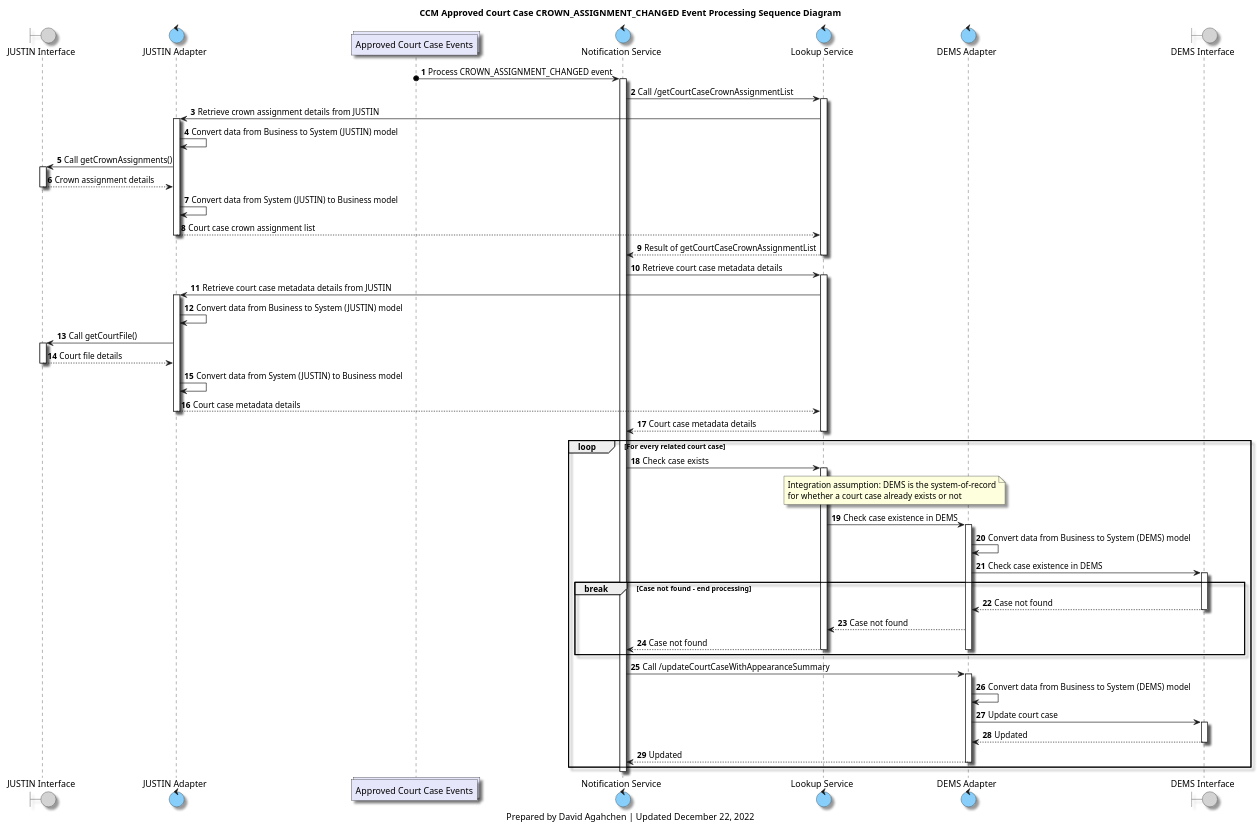
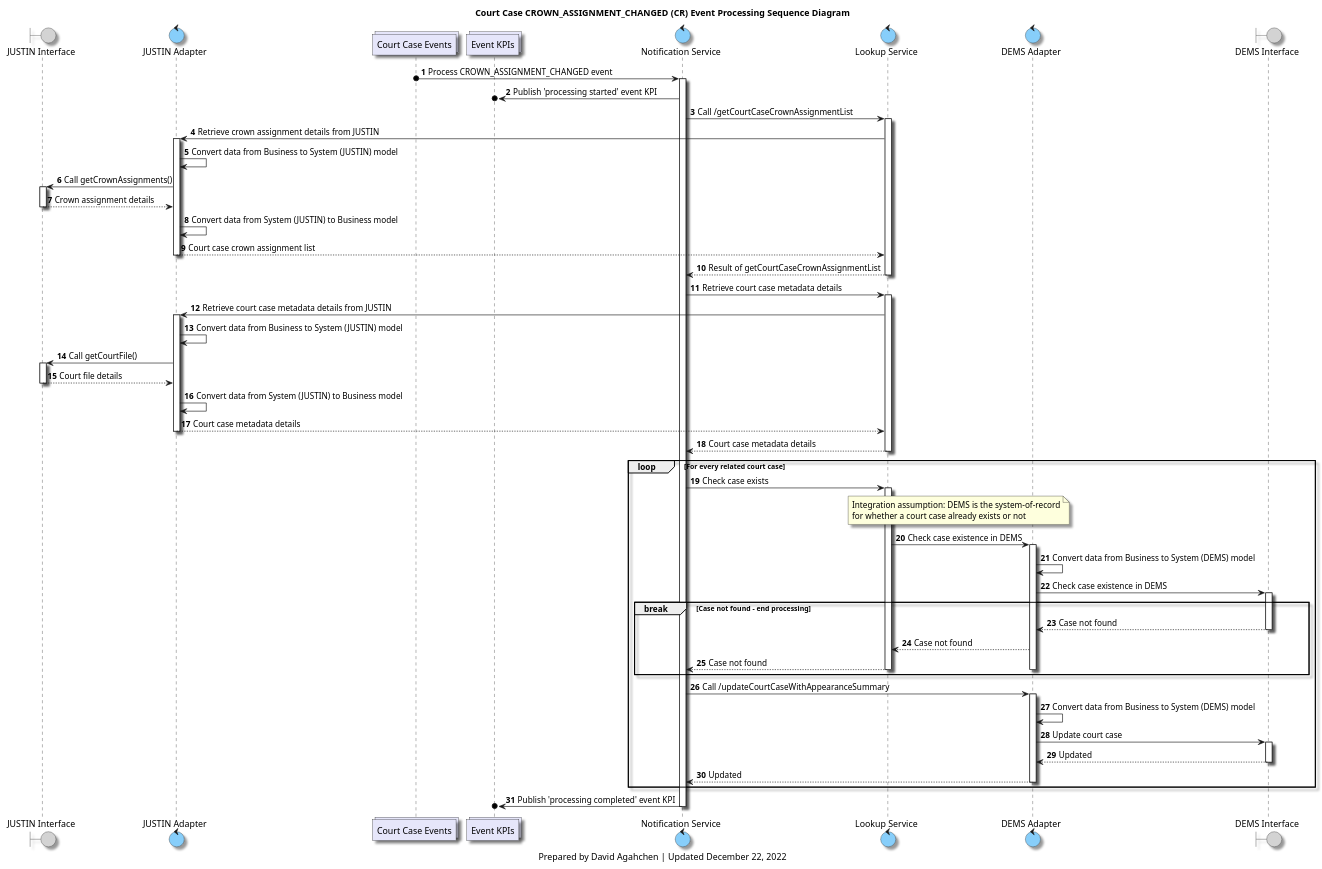
One commit to bcgov/jpss-jade-ccm changed the diagram in diagrams/ccm_approved_court_case_crown_assignment_changed_processing_sequence_diagram.plantuml. Above: the diagram before and after it, drawn with PlantUML. The commit also changed 4 other files, not shown here.

```diff
--- a/diagrams/ccm_approved_court_case_crown_assignment_changed_processing_sequence_diagram.plantuml
+++ b/diagrams/ccm_approved_court_case_crown_assignment_changed_processing_sequence_diagram.plantuml
@@ -1,111 +1,114 @@
 @startuml
 'hide footbox
 
 skinparam Shadowing true
 skinparam CollectionsBackgroundColor Lavender
 skinparam ControlBackgroundColor LightSkyBlue
 skinparam BoundaryBackgroundColor LightGrey
 
 /' 
 Available colours
 https://plantuml-documentation.readthedocs.io/en/latest/formatting/color-names.html
 '/
 
 boundary j_interface as "JUSTIN Interface"
 control j_adapter as "JUSTIN Adapter"
-collections approved_court_case_topic as "Approved Court Case Events"
+collections court_case_topic as "Court Case Events"
+collections kpis_topic as "Event KPIs"
 control notification_service as "Notification Service"
 control lookup_service as "Lookup Service"
 control d_adapter as "DEMS Adapter"
 boundary d_interface as "DEMS Interface"
 
 title
-CCM Approved Court Case CROWN_ASSIGNMENT_CHANGED Event Processing Sequence Diagram
+Court Case CROWN_ASSIGNMENT_CHANGED (CR) Event Processing Sequence Diagram
 end title
 
 autonumber
 
-approved_court_case_topic o-> notification_service: Process CROWN_ASSIGNMENT_CHANGED event
+court_case_topic o-> notification_service: Process CROWN_ASSIGNMENT_CHANGED event
 activate notification_service
+
+notification_service ->o kpis_topic: Publish 'processing started' event KPI
 
 notification_service -> lookup_service: Call /getCourtCaseCrownAssignmentList
 activate lookup_service
 lookup_service -> j_adapter: Retrieve crown assignment details from JUSTIN
 
 activate j_adapter
 j_adapter -> j_adapter: Convert data from Business to System (JUSTIN) model
 j_adapter -> j_interface: Call getCrownAssignments()
 activate j_interface
 j_interface --> j_adapter: Crown assignment details
 deactivate j_interface
 j_adapter -> j_adapter: Convert data from System (JUSTIN) to Business model
 j_adapter --> lookup_service: Court case crown assignment list
 deactivate j_adapter
 
 lookup_service --> notification_service: Result of getCourtCaseCrownAssignmentList
 deactivate lookup_service
 
 notification_service -> lookup_service: Retrieve court case metadata details
 activate lookup_service
 lookup_service -> j_adapter: Retrieve court case metadata details from JUSTIN
 
 activate j_adapter
 j_adapter -> j_adapter: Convert data from Business to System (JUSTIN) model
 j_adapter -> j_interface: Call getCourtFile()
 activate j_interface
 j_interface --> j_adapter: Court file details
 deactivate j_interface
 j_adapter -> j_adapter: Convert data from System (JUSTIN) to Business model
 j_adapter --> lookup_service: Court case metadata details
 deactivate j_adapter
 
 lookup_service --> notification_service: Court case metadata details
 deactivate lookup_service
 
 loop For every related court case
 
     notification_service -> lookup_service: Check case exists
     activate lookup_service
     note over lookup_service, d_adapter
     Integration assumption: DEMS is the system-of-record
     for whether a court case already exists or not
     end note
     lookup_service -> d_adapter: Check case existence in DEMS
     activate d_adapter
     d_adapter -> d_adapter: Convert data from Business to System (DEMS) model
     d_adapter -> d_interface: Check case existence in DEMS
     activate d_interface
 
     break Case not found - end processing
     d_interface --> d_adapter: Case not found
     deactivate d_interface
     d_adapter --> lookup_service: Case not found
     lookup_service --> notification_service: Case not found
     deactivate lookup_service
     deactivate d_adapter
     end break
 
     notification_service -> d_adapter: Call /updateCourtCaseWithAppearanceSummary
     activate d_adapter
 
     d_adapter -> d_adapter: Convert data from Business to System (DEMS) model
 
     d_adapter -> d_interface: Update court case
     activate d_interface
 
     d_interface --> d_adapter: Updated
     deactivate d_interface
 
     d_adapter --> notification_service: Updated
     deactivate d_adapter
 
 end
 
-deactivate notification_service
+notification_service ->o kpis_topic: Publish 'processing completed' event KPI
 
 deactivate notification_service
 
 caption
 Prepared by David Agahchen | Updated December 22, 2022
 end caption
 @enduml
```
